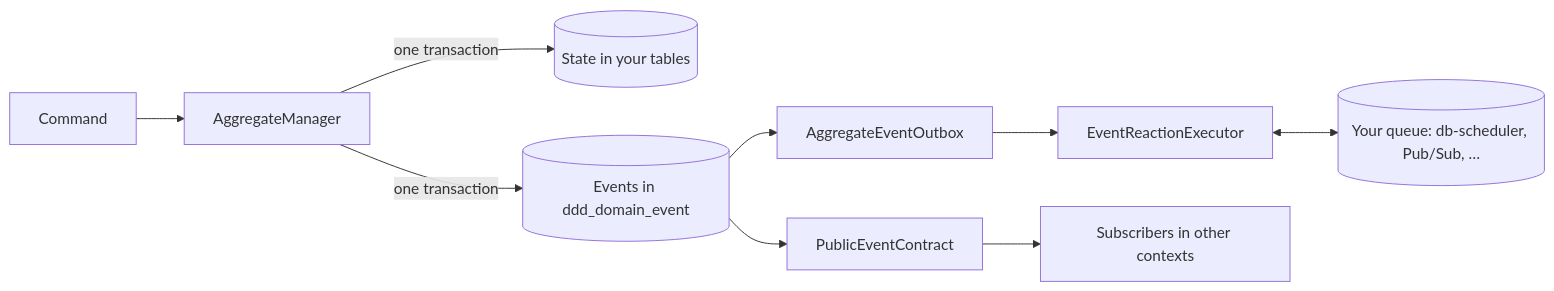
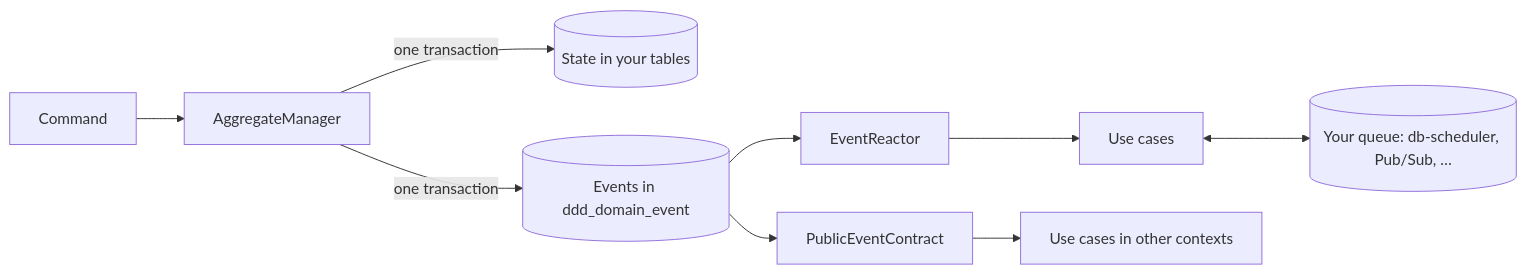
One commit to DrewEaster/kotmod changed the diagram in README.md. Above: the diagram before and after it, drawn with Mermaid. The commit also changed other lines of this file and 3 other files, not shown here.

Commit message:
Rewrite the quickstart and guides around use cases and the reactor

````diff
--- a/README.md
+++ b/README.md
@@ -485,11 +456,11 @@
 ```mermaid
 flowchart LR
     C[Command] --> AM[AggregateManager]
     AM -->|one transaction| S[(State in your tables)]
     AM -->|one transaction| E[(Events in ddd_domain_event)]
-    E --> O[AggregateEventOutbox]
-    O --> X[EventReactionExecutor]
-    X <--> D[(Your queue: db-scheduler, Pub/Sub, …)]
+    E --> R[EventReactor]
+    R --> U[Use cases]
+    U <--> D[(Your queue: db-scheduler, Pub/Sub, …)]
     E --> P[PublicEventContract]
-    P --> SUB[Subscribers in other contexts]
+    P --> UO[Use cases in other contexts]
 ```
````
